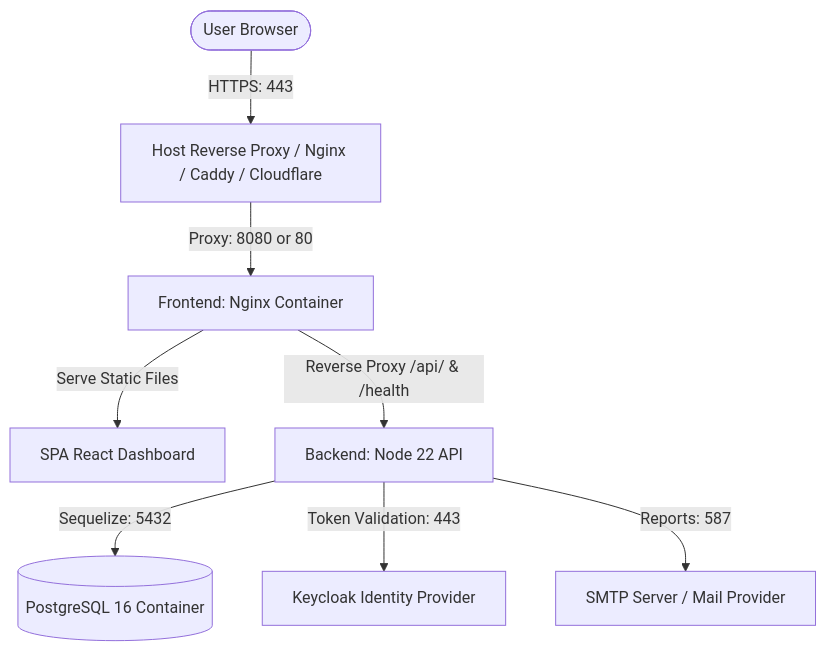
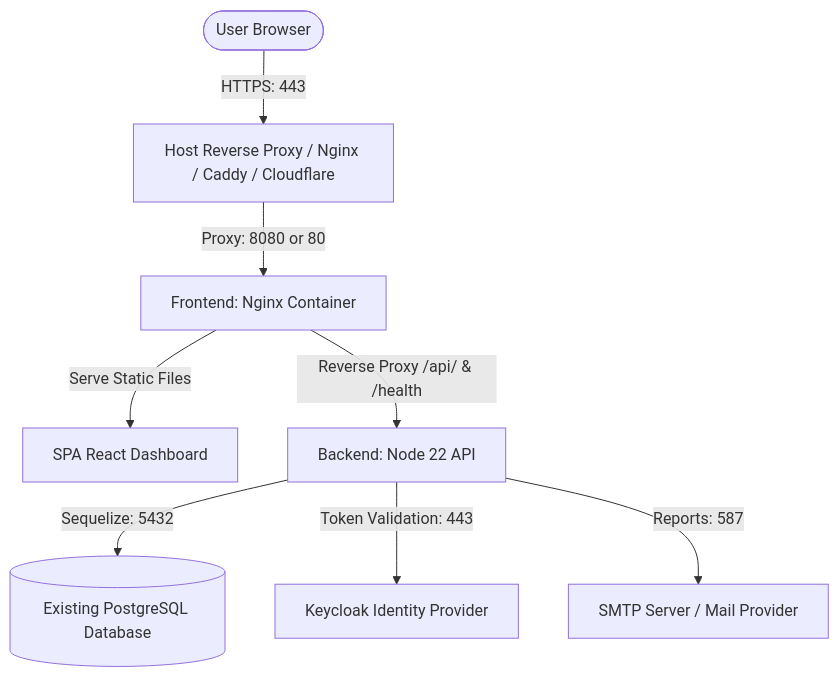
One commit to datakaveri/dx-automation-script-public changed the diagram in README.md. Above: the diagram before and after it, drawn with Mermaid. The commit also changed other lines of this file and 2 other files, not shown here.

Commit message:
fix(deploy): remove duplicate postgres container to connect to existing database

````diff
--- a/README.md
+++ b/README.md
@@ -9,10 +9,10 @@
 ```mermaid
 flowchart TD
     User([User Browser]) -->|HTTPS: 443| RevProxy[Host Reverse Proxy / Nginx / Caddy / Cloudflare]
     RevProxy -->|Proxy: 8080 or 80| Frontend[Frontend: Nginx Container]
     Frontend -->|Serve Static Files| Dashboard[SPA React Dashboard]
     Frontend -->|Reverse Proxy /api/ & /health| Backend[Backend: Node 22 API]
-    Backend -->|Sequelize: 5432| Postgres[(PostgreSQL 16 Container)]
+    Backend -->|Sequelize: 5432| Postgres[(Existing PostgreSQL Database)]
     Backend -->|Token Validation: 443| Keycloak[Keycloak Identity Provider]
     Backend -->|Reports: 587| SMTP[SMTP Server / Mail Provider]
 ```
````
